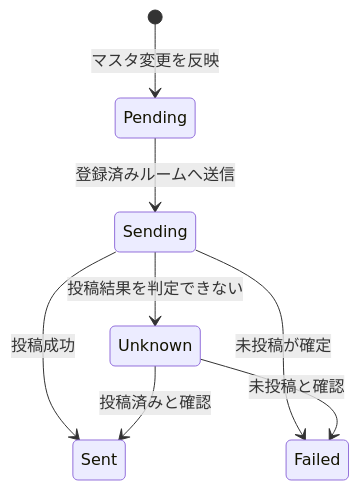
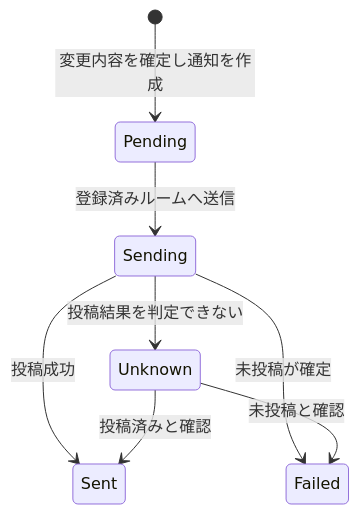
Before and after one commit to nto300002/kiiya-cleaning-checker: the fourth of 4 diagrams in docs/state-transitions.md, drawn with Mermaid. The commit also changed other lines of this file and 2 other files, not shown here.

````diff
--- a/docs/state-transitions.md
+++ b/docs/state-transitions.md
@@ -105,10 +112,10 @@
 ```mermaid
 stateDiagram-v2
-    [*] --> Pending: マスタ変更を反映
+    [*] --> Pending: 変更内容を確定し通知を作成
     Pending --> Sending: 登録済みルームへ送信
     Sending --> Sent: 投稿成功
     Sending --> Failed: 未投稿が確定
     Sending --> Unknown: 投稿結果を判定できない
     Unknown --> Sent: 投稿済みと確認
     Unknown --> Failed: 未投稿と確認
 ```
````
